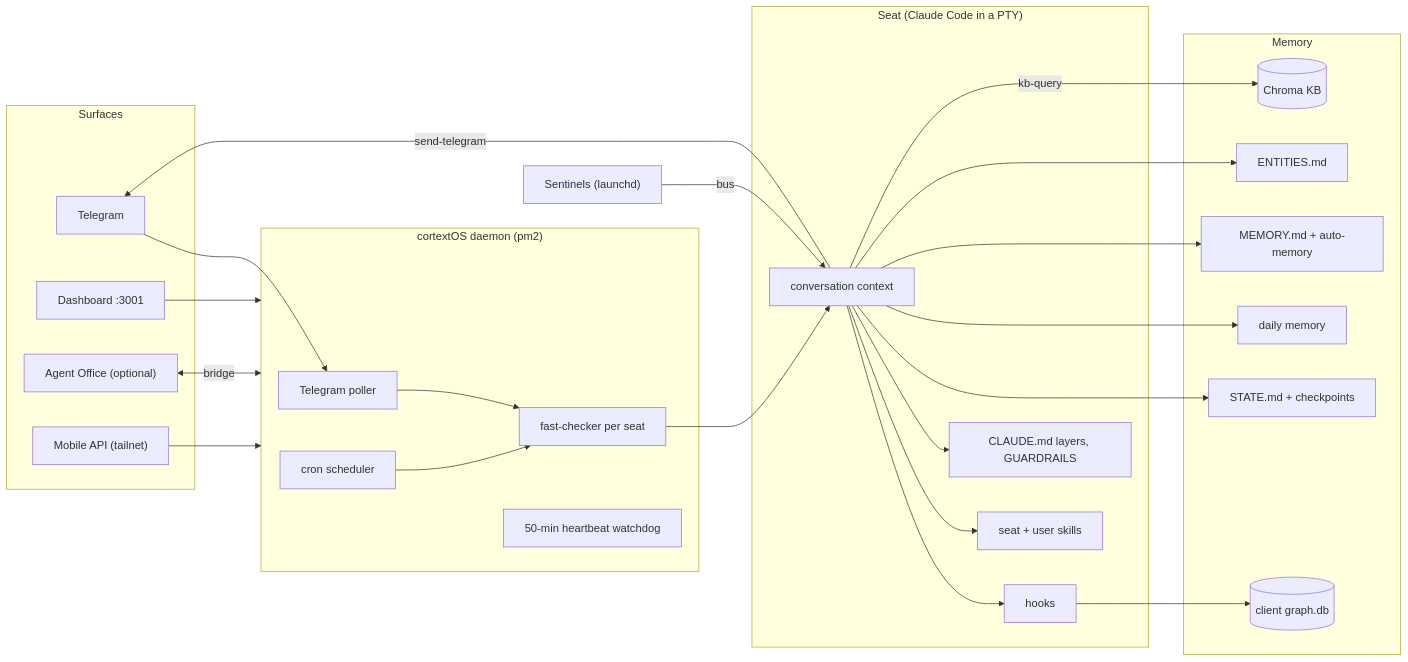
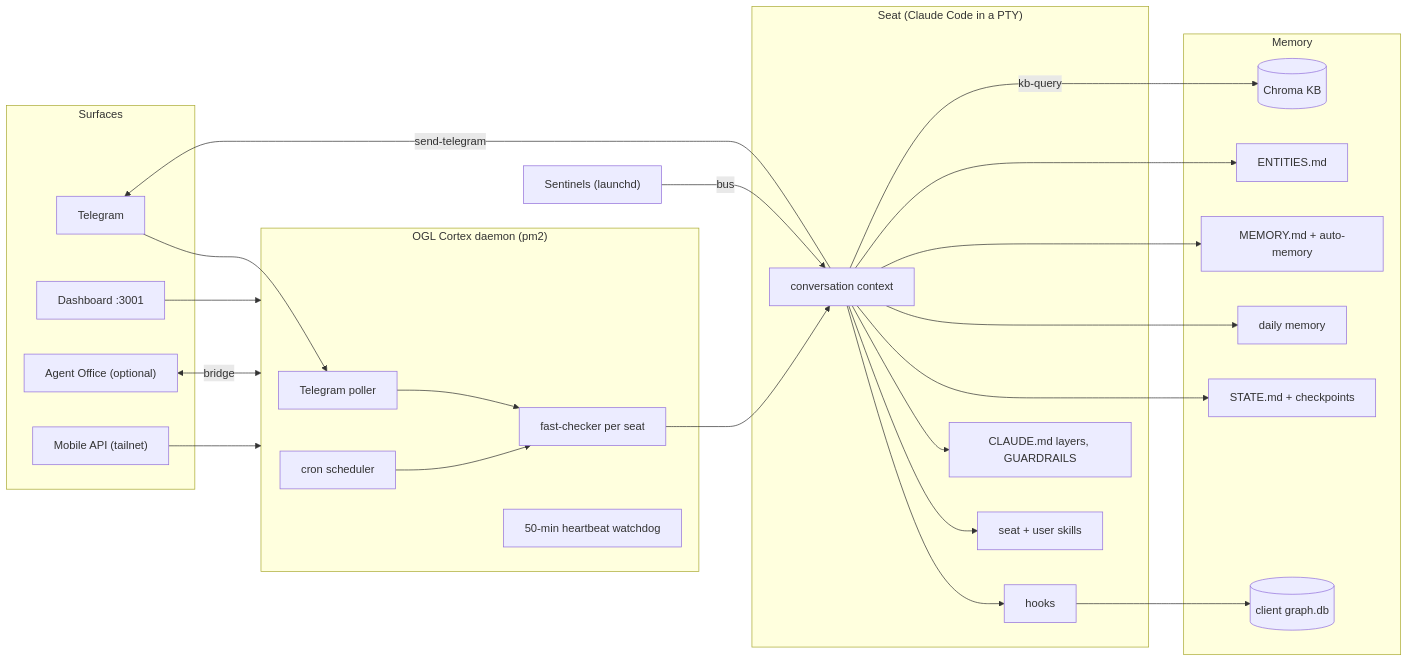
The third of 3 diagrams in docs/01-core-architecture.md (nicoreincarnate-oss/ogl-cortex), drawn with Mermaid before and after one commit. The commit also changed other lines of this file and 88 other files, not shown here.

First line of the commit message:
Rename to OGL Cortex, memory architecture doc, harness tools, path consistency

````diff
--- a/docs/01-core-architecture.md
+++ b/docs/01-core-architecture.md
@@ -266,42 +260,42 @@
 ```mermaid
 flowchart LR
   subgraph Surfaces
     TG[Telegram]
     DB["Dashboard :3001"]
     AO["Agent Office (optional)"]
     MB["Mobile API (tailnet)"]
   end
-  subgraph Daemon["cortextOS daemon (pm2)"]
+  subgraph Daemon["OGL Cortex daemon (pm2)"]
     POLL[Telegram poller]
     FC[fast-checker per seat]
     CRON[cron scheduler]
     WD["50-min heartbeat watchdog"]
   end
   subgraph Seat["Seat (Claude Code in a PTY)"]
     CTX[conversation context]
     HOOKS[hooks]
     SK["seat + user skills"]
     RULES["CLAUDE.md layers, GUARDRAILS"]
   end
   subgraph Memory
     STATE["STATE.md + checkpoints"]
     DAILY[daily memory]
     MEM["MEMORY.md + auto-memory"]
     ENT[ENTITIES.md]
     KB[("Chroma KB")]
     OG[("client graph.db")]
   end
   TG --> POLL --> FC --> CTX
   CRON --> FC
   CTX --> HOOKS
   HOOKS --> OG
   CTX --> SK
   CTX --> RULES
   CTX --> STATE & DAILY & MEM & ENT
   CTX -->|kb-query| KB
   CTX -->|send-telegram| TG
   AO <-->|bridge| Daemon
   MB --> Daemon
   DB --> Daemon
   SENT["Sentinels (launchd)"] -->|bus| CTX
 ```
````
